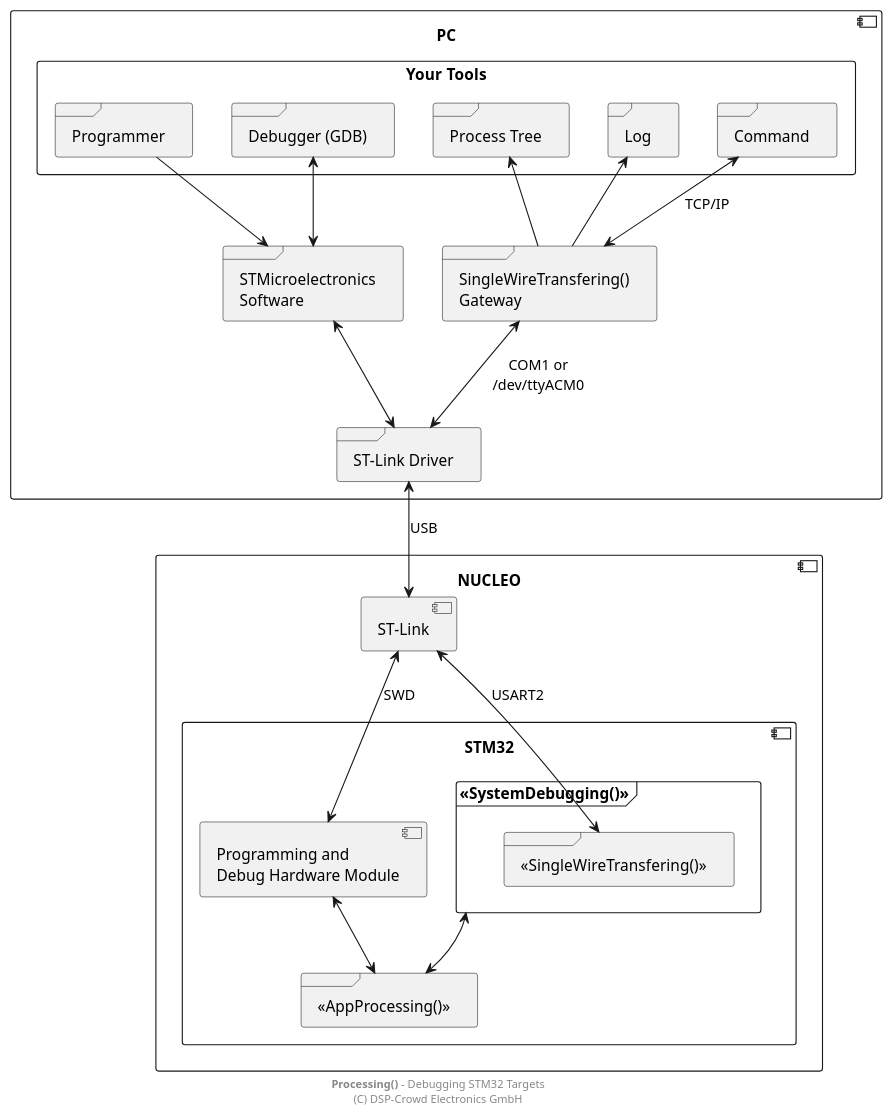
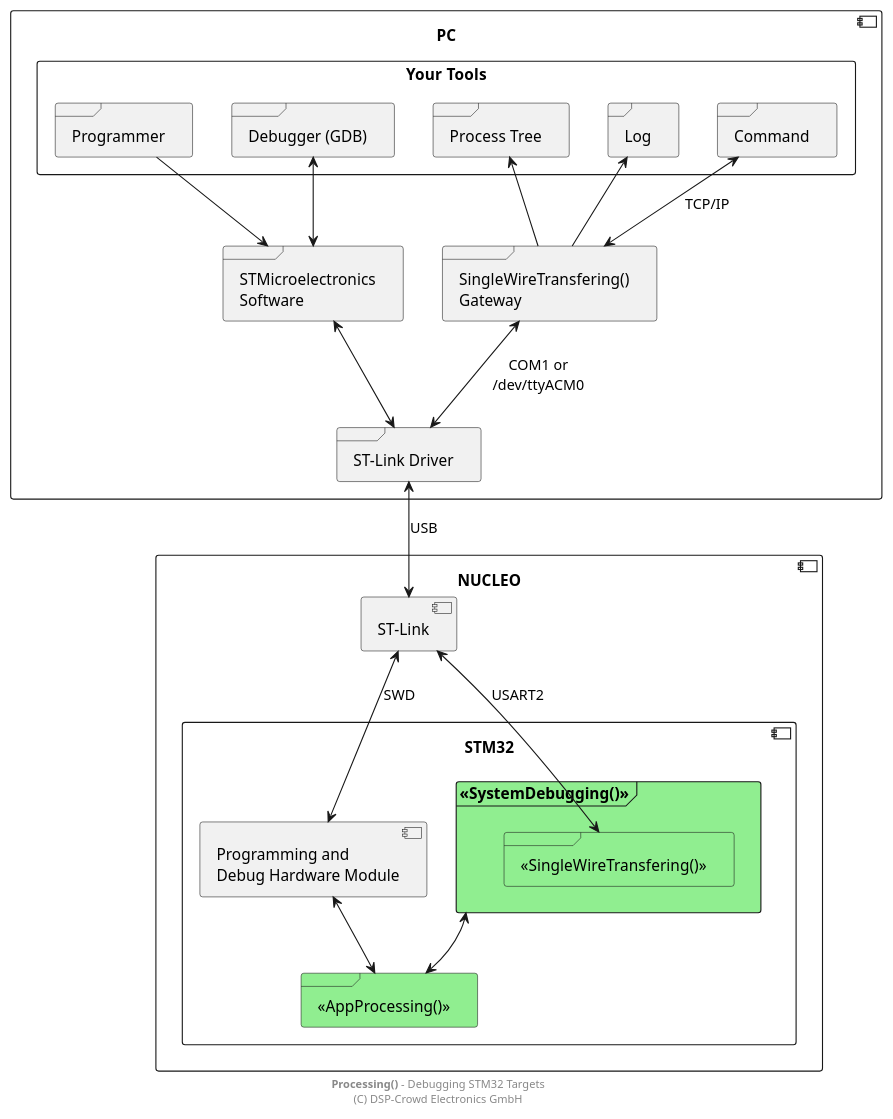
The diagram in doc/system/stm32-uart_3.pu (NoOrientationProgramming/hello-world-stm32), drawn with PlantUML before and after one commit. The commit also changed 2 other files, not shown here.

```diff
--- a/doc/system/stm32-uart_3.pu
+++ b/doc/system/stm32-uart_3.pu
@@ -2,64 +2,64 @@
 @startuml
 
 ' skinparam linetype ortho
 ' scale 0.6
 
 component PC as pPc {
 
 	rectangle "Your Tools" as pTools {
 
 		frame "Programmer" as pProg
 		frame "Debugger (GDB)" as pDbg
 
 		frame "Process Tree" as pTree
 		frame "Log" as pLog
 		frame "Command" as pCmd
 		' frame "Custom\nChannels" as pCustom
 	}
 
 	frame "SingleWireTransfering()\nGateway" as pGw
 	frame "STMicroelectronics\nSoftware" as pStSw
 
 	frame "ST-Link Driver" as pDrv
 
 	pProg --> pStSw
 	pDbg <--> pStSw
 
 	pTree <-- pGw
 	pLog <-- pGw
 	pCmd <--> pGw : "TCP/IP"
 	' pCustom <--> pGw
 
 	pStSw <--> pDrv
 	pGw <--> pDrv : "COM1 or\n/dev/ttyACM0"
 
 	pStSw -r[hidden]- pGw
 }
 
 component "NUCLEO" as pNuc {
 
 	component "STM32" {
 
 		component "Programming and\nDebug Hardware Module" as pHwDbg
 
-		frame "<<SystemDebugging()>>" as pSysDbg {
-			frame "<<SingleWireTransfering()>>" as pSwt
+		frame "<<SystemDebugging()>>" as pSysDbg #lightgreen {
+			frame "<<SingleWireTransfering()>>" as pSwt #lightgreen
 		}
 
-		frame "<<AppProcessing()>>" as pApp
+		frame "<<AppProcessing()>>" as pApp #lightgreen
 
 		pHwDbg <--> pApp
 		pSysDbg <--> pApp
 	}
 
 	component "ST-Link" as pStLink
 
 	pStLink <--> pHwDbg : SWD
 	pStLink <--> pSwt : USART2
 }
 
 pDrv <--> pStLink : USB
 
 footer **Processing()** - Debugging STM32 Targets\n(C) DSP-Crowd Electronics GmbH
 
 @enduml
```
